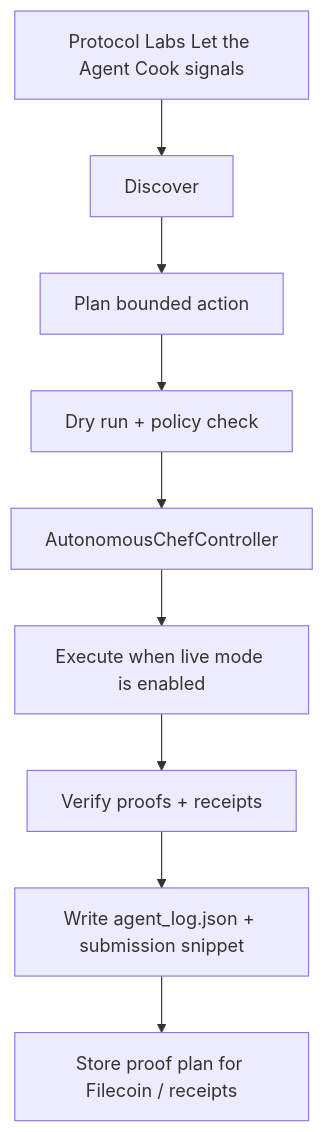
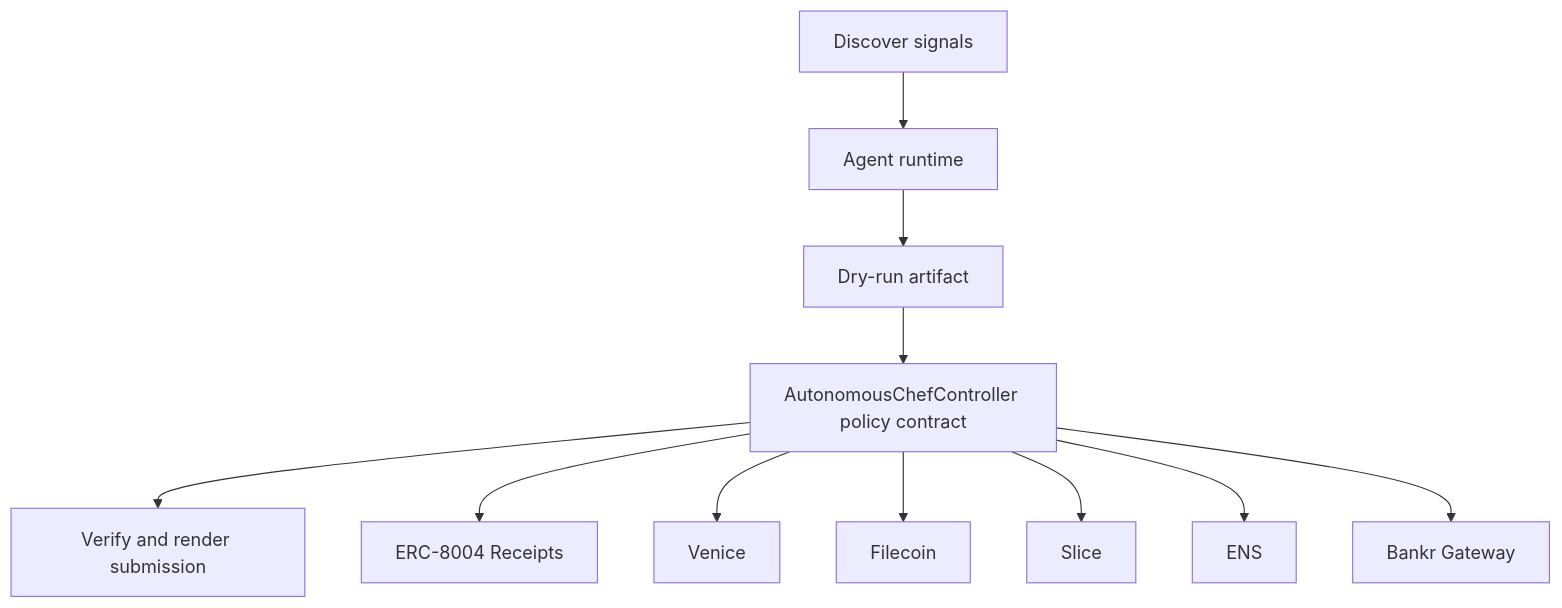
One commit to CrystallineButterfly/Synthesis-Cook-NoHumansRequired changed the diagram in README.md. Above: the diagram before and after it, drawn with Mermaid. The commit also changed other lines of this file and 998 other files, not shown here.

Commit message:
Implement bounded agent runtime

````diff
--- a/README.md
+++ b/README.md
@@ -31,11 +26,15 @@
-        ```mermaid
-        flowchart TD
-    Signals[Protocol Labs Let the Agent Cook signals] --> Discover[Discover]
-    Discover --> Plan[Plan bounded action]
-    Plan --> DryRun[Dry run + policy check]
-    DryRun --> Guard[AutonomousChefController]
-    Guard --> Execute[Execute when live mode is enabled]
-    Execute --> Verify[Verify proofs + receipts]
-    Verify --> Persist[Write agent_log.json + submission snippet]
-    Persist --> Storage[Store proof plan for Filecoin / receipts]
-        ```
+```mermaid
+flowchart TD
+    Signals[Discover signals]
+    Planner[Agent runtime]
+    DryRun[Dry-run artifact]
+    Contract[AutonomousChefController policy contract]
+    Verify[Verify and render submission]
+    Signals --> Planner --> DryRun --> Contract --> Verify
+    Contract --> erc_8004_receipts[ERC-8004 Receipts]
+    Contract --> venice[Venice]
+    Contract --> filecoin[Filecoin]
+    Contract --> slice[Slice]
+    Contract --> ens[ENS]
+    Contract --> bankr_gateway[Bankr Gateway]
+```
````
